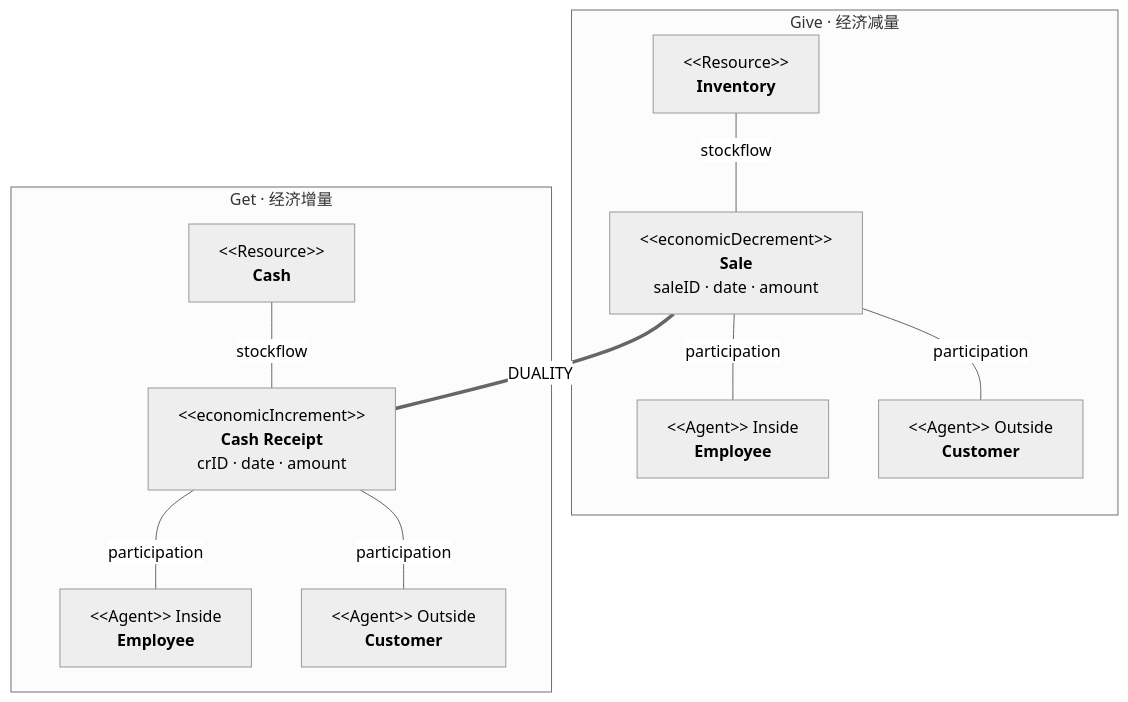
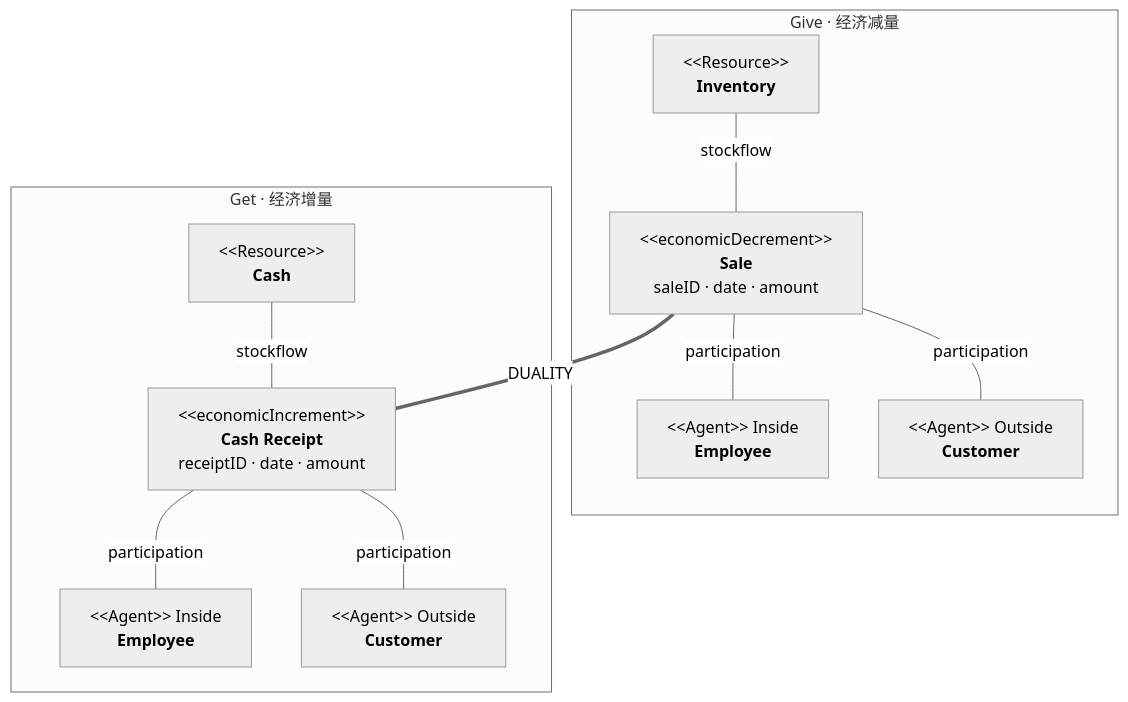
Before and after one commit to CercaTrovato/cityu-ai-course-notes: the tenth of 12 diagrams in AC6761_Artificial_Intelligence_Accounting/notes/M04-REA会计模型.md, drawn with Mermaid (neutral theme). The commit also changed other lines of this file and 209 other files, not shown here.

````diff
--- a/AC6761_Artificial_Intelligence_Accounting/notes/M04-REA会计模型.md
+++ b/AC6761_Artificial_Intelligence_Accounting/notes/M04-REA会计模型.md
@@ -3696,22 +4026,22 @@
 ```mermaid
 flowchart TB
     subgraph GIVE["Give · 经济减量"]
         INV["&lt;&lt;Resource&gt;&gt;<br/><b>Inventory</b>"]
         SALE["&lt;&lt;economicDecrement&gt;&gt;<br/><b>Sale</b><br/>saleID · date · amount"]
         EMP1["&lt;&lt;Agent&gt;&gt; Inside<br/><b>Employee</b>"]
         CUS1["&lt;&lt;Agent&gt;&gt; Outside<br/><b>Customer</b>"]
         INV ---|stockflow| SALE
         SALE ---|participation| EMP1
         SALE ---|participation| CUS1
     end
     subgraph GET["Get · 经济增量"]
         CASH["&lt;&lt;Resource&gt;&gt;<br/><b>Cash</b>"]
-        CR["&lt;&lt;economicIncrement&gt;&gt;<br/><b>Cash Receipt</b><br/>crID · date · amount"]
+        CR["&lt;&lt;economicIncrement&gt;&gt;<br/><b>Cash Receipt</b><br/>receiptID · date · amount"]
         EMP2["&lt;&lt;Agent&gt;&gt; Inside<br/><b>Employee</b>"]
         CUS2["&lt;&lt;Agent&gt;&gt; Outside<br/><b>Customer</b>"]
         CASH ---|stockflow| CR
         CR ---|participation| EMP2
         CR ---|participation| CUS2
     end
     SALE ===|"DUALITY"| CR
 ```
````
